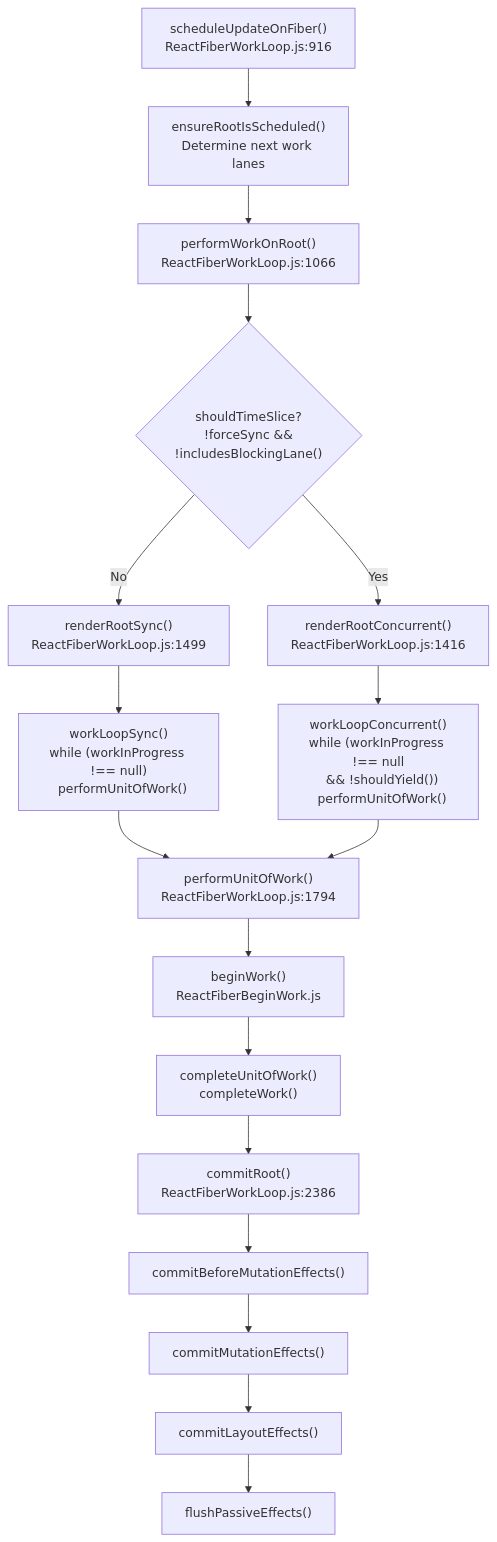
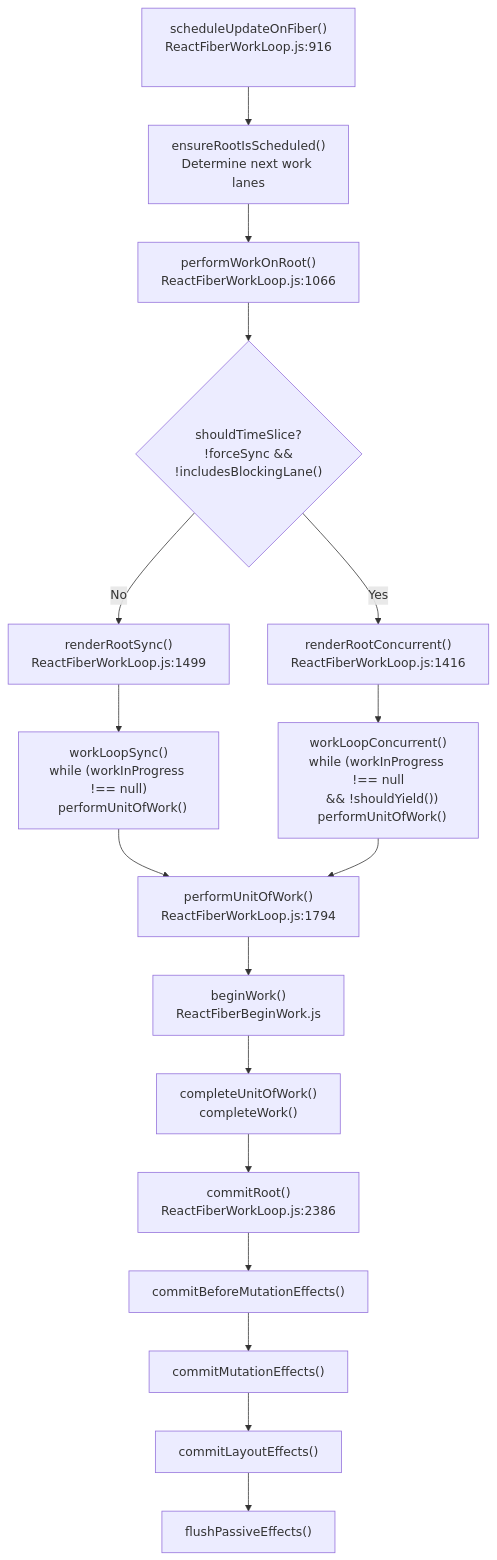
Before and after one commit to littlepoolshark/source-deepdive-wiki: the third of 16 diagrams in react/docs/4-react-reconciler.md, drawn with Mermaid. The commit also changed other lines of this file and 3 other files, not shown here.

Commit message:
fix: add custom CSS and mermaid config for diagram text clipping

````diff
--- a/react/docs/4-react-reconciler.md
+++ b/react/docs/4-react-reconciler.md
@@ -174,52 +172,52 @@
 ```mermaid
 graph TB
-    Start["scheduleUpdateOnFiber()<br/>ReactFiberWorkLoop.js:916"]
-    
+    Start["scheduleUpdateOnFiber()<br/>ReactFiberWorkLoop.js:916<br/><br/>"]
+
     EnsureScheduled["ensureRootIsScheduled()<br/>Determine next work lanes"]
-    
+
     PerformWork["performWorkOnRoot()<br/>ReactFiberWorkLoop.js:1066"]
-    
+
     TimeSlice{"shouldTimeSlice?<br/>!forceSync &&<br/>!includesBlockingLane()"}
-    
+
     RenderSync["renderRootSync()<br/>ReactFiberWorkLoop.js:1499"]
     RenderConcurrent["renderRootConcurrent()<br/>ReactFiberWorkLoop.js:1416"]
-    
+
     WorkLoopSync["workLoopSync()<br/>while (workInProgress !== null)<br/>  performUnitOfWork()"]
-    
+
     WorkLoopConcurrent["workLoopConcurrent()<br/>while (workInProgress !== null<br/>  && !shouldYield())<br/>  performUnitOfWork()"]
-    
+
     UnitOfWork["performUnitOfWork()<br/>ReactFiberWorkLoop.js:1794"]
-    
+
     BeginPhase["beginWork()<br/>ReactFiberBeginWork.js"]
     CompletePhase["completeUnitOfWork()<br/>completeWork()"]
-    
+
     CommitRoot["commitRoot()<br/>ReactFiberWorkLoop.js:2386"]
-    
+
     CommitBeforeMutation["commitBeforeMutationEffects()"]
     CommitMutation["commitMutationEffects()"]
     CommitLayout["commitLayoutEffects()"]
     CommitPassive["flushPassiveEffects()"]
-    
+
     Start --> EnsureScheduled
     EnsureScheduled --> PerformWork
     PerformWork --> TimeSlice
-    
+
     TimeSlice -->|Yes| RenderConcurrent
     TimeSlice -->|No| RenderSync
-    
+
     RenderSync --> WorkLoopSync
     RenderConcurrent --> WorkLoopConcurrent
-    
+
     WorkLoopSync --> UnitOfWork
     WorkLoopConcurrent --> UnitOfWork
-    
+
     UnitOfWork --> BeginPhase
     BeginPhase --> CompletePhase
-    
+
     CompletePhase --> CommitRoot
-    
+
     CommitRoot --> CommitBeforeMutation
     CommitBeforeMutation --> CommitMutation
     CommitMutation --> CommitLayout
     CommitLayout --> CommitPassive
 ```
````
